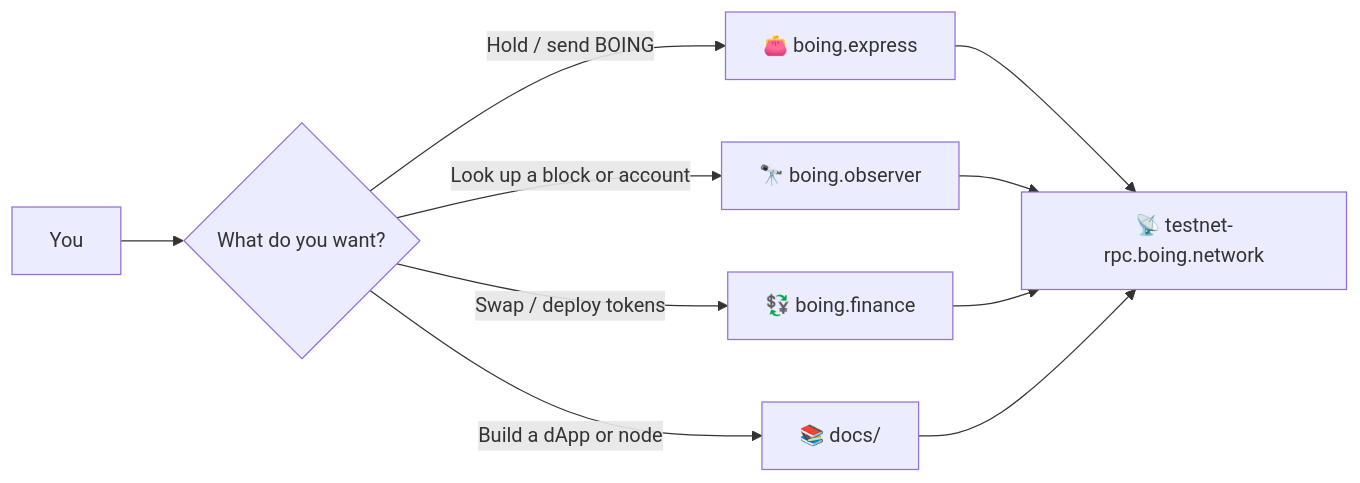
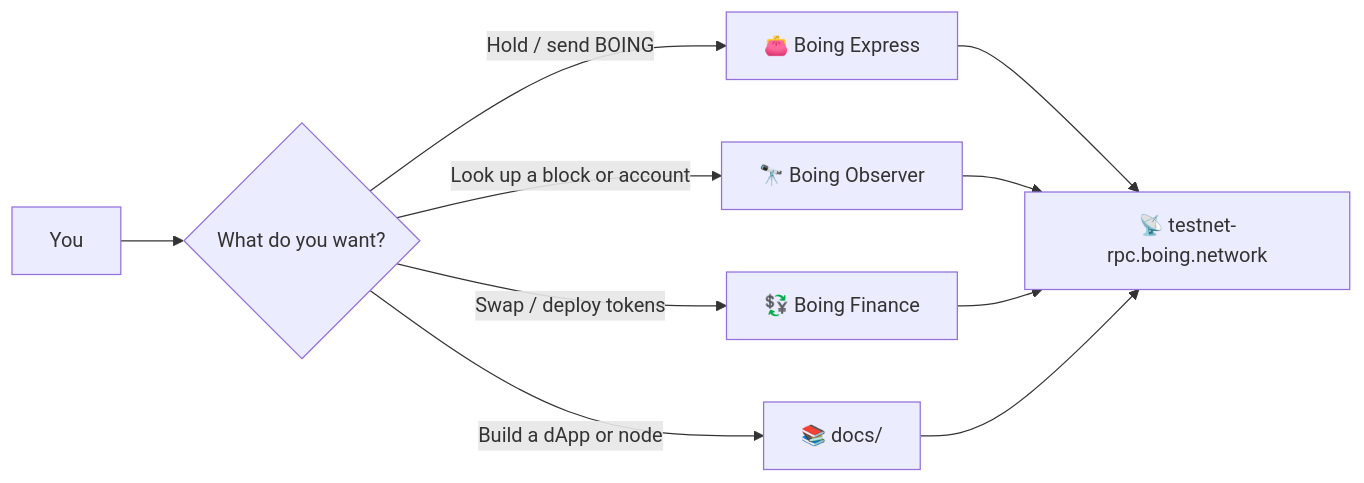
One commit to Boing-Network/boing.network changed the diagram in README.md. Above: the diagram before and after it, drawn with Mermaid. The commit also changed other lines of this file and 29 other files, not shown here.

````diff
--- a/README.md
+++ b/README.md
@@ -15,12 +15,12 @@
 ```mermaid
 flowchart LR
   You[You] --> Q{What do you want?}
-  Q -->|Hold / send BOING| Wallet[👛 boing.express]
-  Q -->|Look up a block or account| Explorer[🔭 boing.observer]
-  Q -->|Swap / deploy tokens| Finance[💱 boing.finance]
+  Q -->|Hold / send BOING| Wallet[👛 Boing Express]
+  Q -->|Look up a block or account| Explorer[🔭 Boing Observer]
+  Q -->|Swap / deploy tokens| Finance[💱 Boing Finance]
   Q -->|Build a dApp or node| Docs[📚 docs/]
   Wallet --> Rpc[📡 testnet-rpc.boing.network]
   Explorer --> Rpc
   Finance --> Rpc
   Docs --> Rpc
 ```
````
